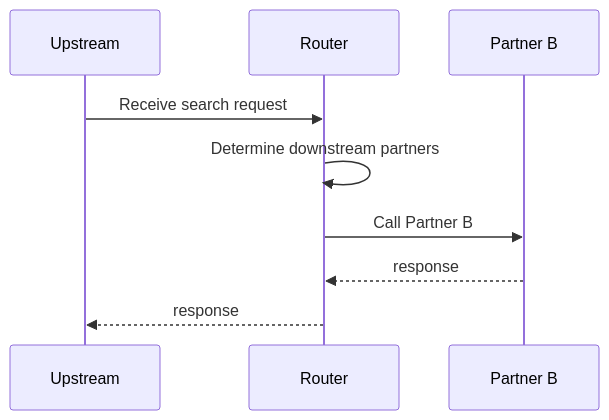
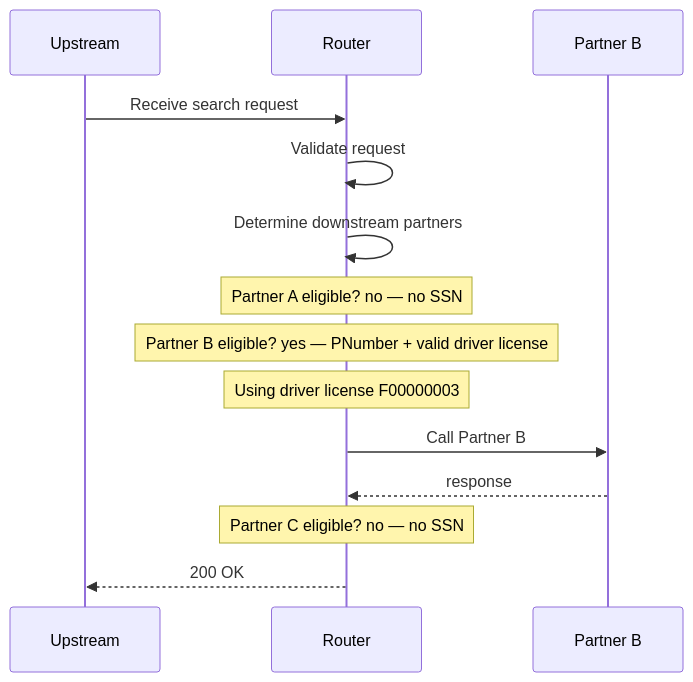
The diagram in main-app/docs/flows/b-only.mmd (jwdomes/automockit), drawn with Mermaid before and after one commit. The commit also changed 45 other files, not shown here.

```diff
--- a/main-app/docs/flows/b-only.mmd
+++ b/main-app/docs/flows/b-only.mmd
@@ -1,10 +1,15 @@
 sequenceDiagram
     %% PNumber and valid license but no SSN: only B is called
     participant UPSTREAM as Upstream
     participant ROUTER as Router
     participant PARTNER_B as Partner B
     UPSTREAM->>ROUTER: Receive search request
+    ROUTER->>ROUTER: Validate request
     ROUTER->>ROUTER: Determine downstream partners
+    Note over ROUTER: Partner A eligible? no — no SSN
+    Note over ROUTER: Partner B eligible? yes — PNumber + valid driver license
+    Note over ROUTER: Using driver license F00000003
     ROUTER->>PARTNER_B: Call Partner B
     PARTNER_B-->>ROUTER: response
-    ROUTER-->>UPSTREAM: response
+    Note over ROUTER: Partner C eligible? no — no SSN
+    ROUTER-->>UPSTREAM: 200 OK
```
